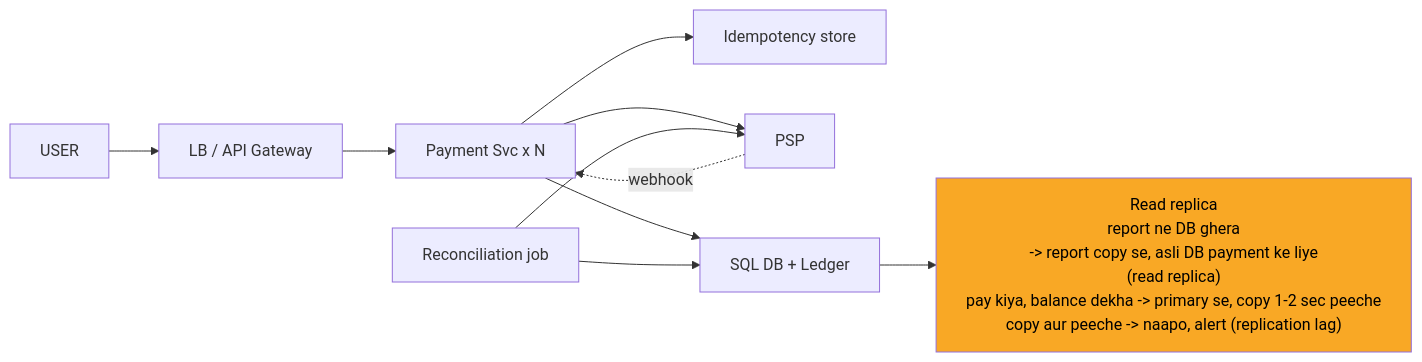
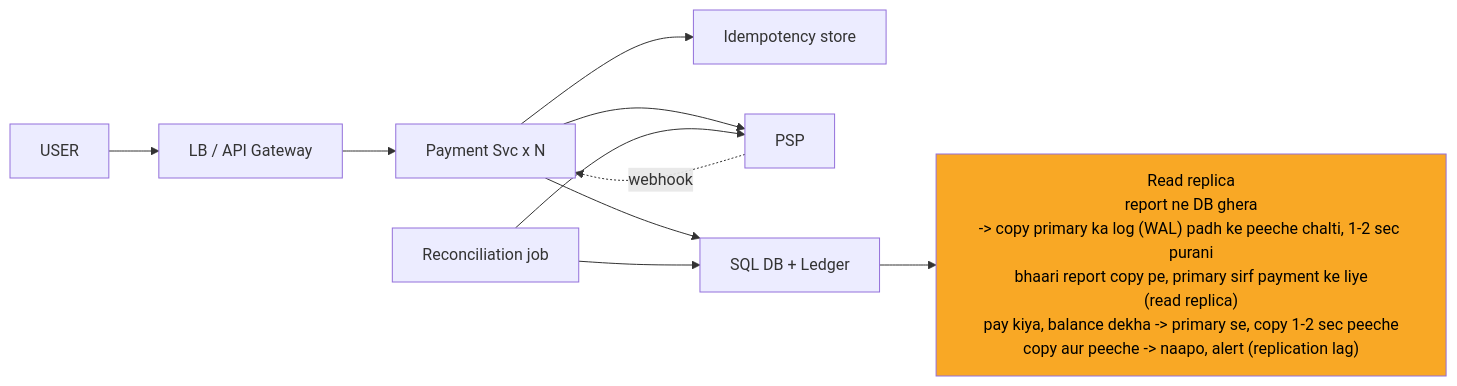
Before and after one commit to ArpanMaheshwari144/Prep: the tenth of 12 diagrams in 04_HLD/SYSTEM_DESIGNS/06_payment_system/06_payment_system.md, drawn with Mermaid. The commit also changed other lines of this file and 13 other files, not shown here.

````diff
--- a/04_HLD/SYSTEM_DESIGNS/06_payment_system/06_payment_system.md
+++ b/04_HLD/SYSTEM_DESIGNS/06_payment_system/06_payment_system.md
@@ -429,22 +432,22 @@
 ```mermaid
 %%{init: {"flowchart": {"wrappingWidth": 450}}}%%
 flowchart LR
     n_USER["USER"]
     n_LB_API_Gateway["LB / API Gateway"]
     n_Payment_Svc_xN["Payment Svc x N"]
     n_Idempotency_store["Idempotency store"]
     n_PSP["PSP"]
     n_DB["SQL DB + Ledger"]
-    n_Read_replica["Read replica<br/>report ne DB ghera<br/>-> report copy se, asli DB payment ke liye<br/>(read replica)<br/>pay kiya, balance dekha -> primary se, copy 1-2 sec peeche<br/>copy aur peeche -> naapo, alert (replication lag)"]
+    n_Read_replica["Read replica<br/>report ne DB ghera<br/>-> copy primary ka log (WAL) padh ke peeche chalti, 1-2 sec purani<br/>bhaari report copy pe, primary sirf payment ke liye<br/>(read replica)<br/>pay kiya, balance dekha -> primary se, copy 1-2 sec peeche<br/>copy aur peeche -> naapo, alert (replication lag)"]
     n_Reconciliation_job["Reconciliation job"]
     n_USER --> n_LB_API_Gateway
     n_LB_API_Gateway --> n_Payment_Svc_xN
     n_Payment_Svc_xN --> n_Idempotency_store
     n_Payment_Svc_xN --> n_PSP
     n_Payment_Svc_xN --> n_DB
     n_DB --> n_Read_replica
     n_Reconciliation_job --> n_DB
     n_Reconciliation_job --> n_PSP
     n_PSP -.->|webhook| n_Payment_Svc_xN
     style n_Read_replica fill:#f9a825,color:#000
 ```
````
